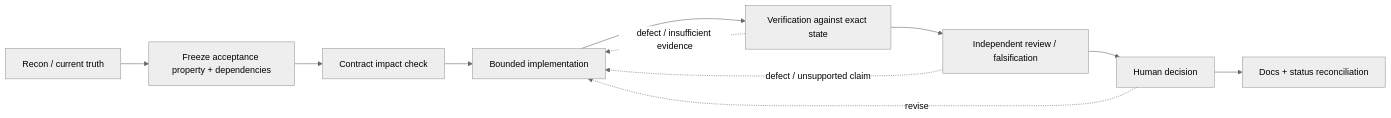
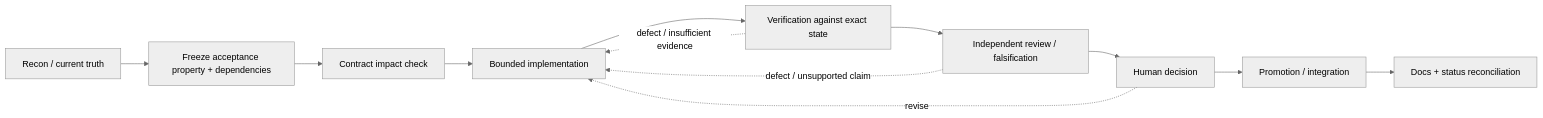
One commit to jenksed/invariant-system changed the diagram in docs/development/engineering-process.md. Above: the diagram before and after it, drawn with Mermaid (neutral theme). The commit also changed other lines of this file and 9 other files, not shown here.

````diff
--- a/docs/development/engineering-process.md
+++ b/docs/development/engineering-process.md
@@ -64,16 +91,17 @@
 ```mermaid
 flowchart LR
     R[Recon / current truth]
     F[Freeze acceptance property + dependencies]
     C[Contract impact check]
     I[Bounded implementation]
     V[Verification against exact state]
     Q[Independent review / falsification]
     H[Human decision]
+    P[Promotion / integration]
     D[Docs + status reconciliation]
 
-    R --> F --> C --> I --> V --> Q --> H --> D
+    R --> F --> C --> I --> V --> Q --> H --> P --> D
     V -. defect / insufficient evidence .-> I
     Q -. defect / unsupported claim .-> I
     H -. revise .-> I
 ```
````
